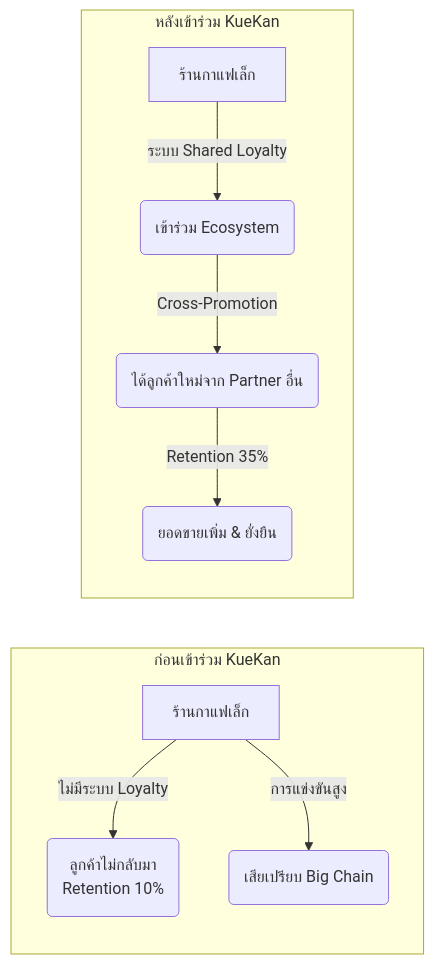
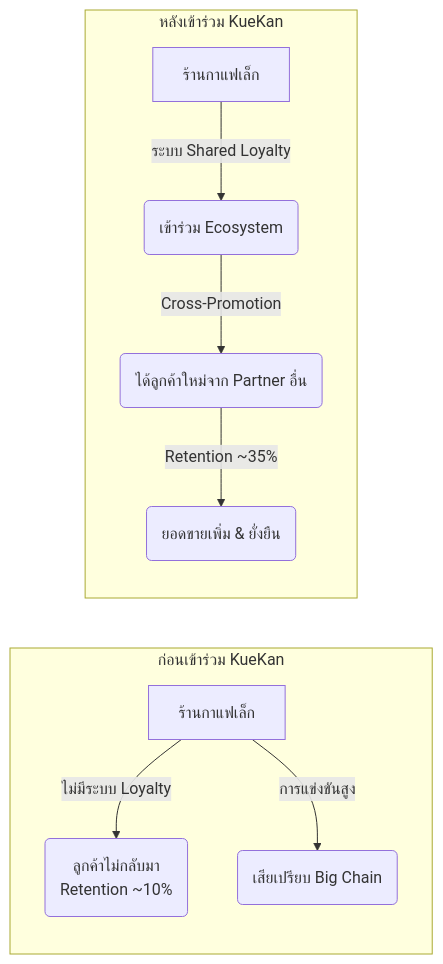
One commit to tlejay/Kuekan changed the fourth of 5 diagrams in 01 Proposals/Proposal_KueKan_PAO_NCC_McKinsey-Shorten.md. Above: the diagram before and after it, drawn with Mermaid. The commit also changed other lines of this file and 29 other files, not shown here.

````diff
--- a/01 Proposals/Proposal_KueKan_PAO_NCC_McKinsey-Shorten.md
+++ b/01 Proposals/Proposal_KueKan_PAO_NCC_McKinsey-Shorten.md
@@ -474,13 +496,13 @@
 ```mermaid
 graph LR
     subgraph Before [ก่อนเข้าร่วม KueKan]
-        A1[ร้านกาแฟเล็ก] -->|ไม่มีระบบ Loyalty| B1(ลูกค้าไม่กลับมา<br/>Retention 10%)
+        A1[ร้านกาแฟเล็ก] -->|ไม่มีระบบ Loyalty| B1(ลูกค้าไม่กลับมา<br/>Retention ~10%)
         A1 -->|การแข่งขันสูง| C1(เสียเปรียบ Big Chain)
     end
 
     subgraph After [หลังเข้าร่วม KueKan]
         A2[ร้านกาแฟเล็ก] -->|ระบบ Shared Loyalty| B2(เข้าร่วม Ecosystem)
         B2 -->|Cross-Promotion| C2(ได้ลูกค้าใหม่จาก Partner อื่น)
-        C2 -->|Retention 35%| D2(ยอดขายเพิ่ม & ยั่งยืน)
+        C2 -->|Retention ~35%| D2(ยอดขายเพิ่ม & ยั่งยืน)
     end
 ```
````
